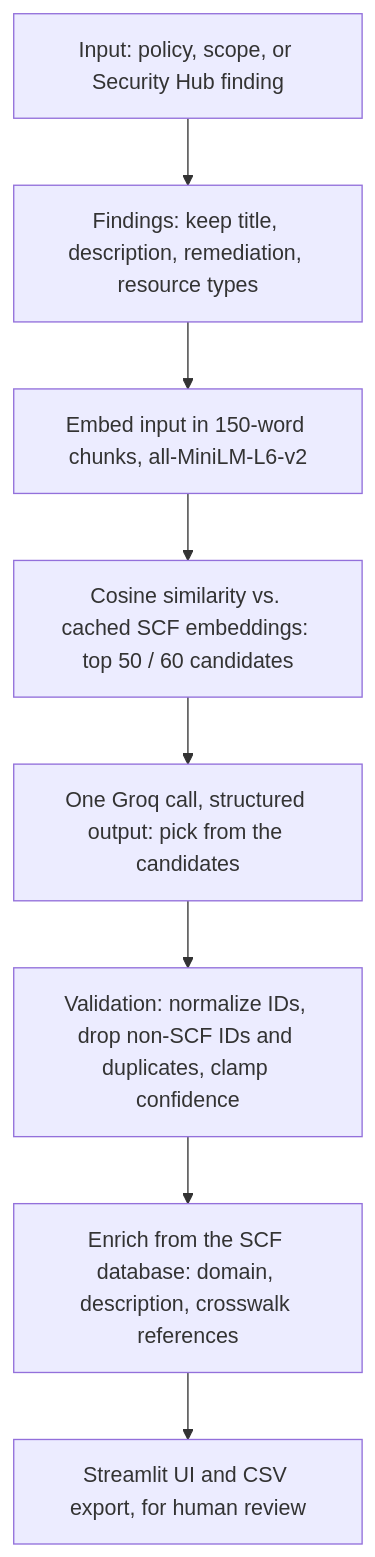
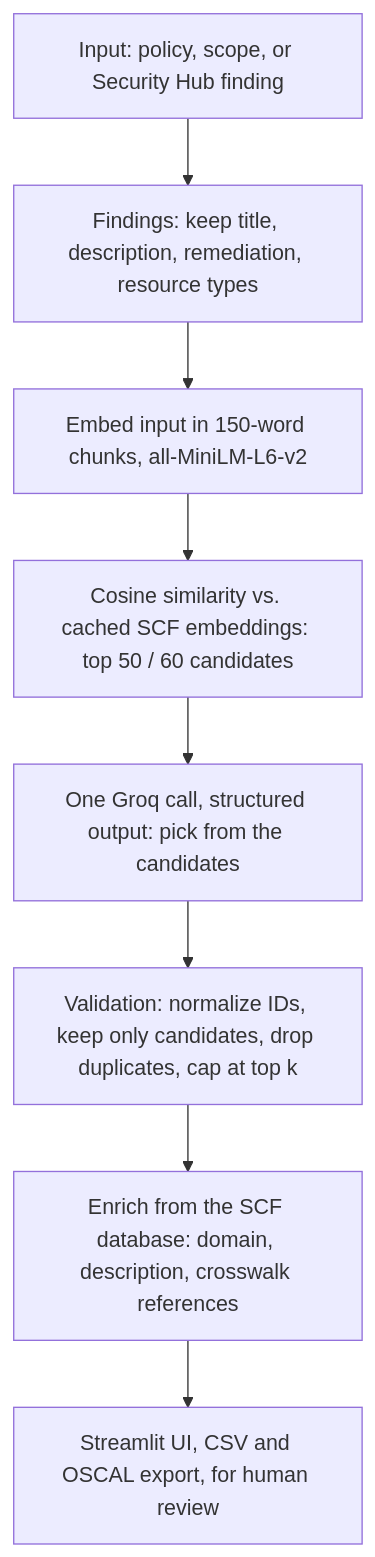
The diagram in README.md (tvobrachini/scf-auto-crosswalker), drawn with Mermaid before and after one commit. The commit also changed other lines of this file and 6 other files, not shown here.

First line of the commit message:
Docs: document validation, OSCAL export and evaluation; rewrite case study

````diff
--- a/README.md
+++ b/README.md
@@ -67,10 +67,10 @@
 ```mermaid
 graph TD
     A[Input: policy, scope, or Security Hub finding] --> B[Findings: keep title, description, remediation, resource types]
     B --> C[Embed input in 150-word chunks, all-MiniLM-L6-v2]
     C --> D[Cosine similarity vs. cached SCF embeddings: top 50 / 60 candidates]
     D --> E[One Groq call, structured output: pick from the candidates]
-    E --> F[Validation: normalize IDs, drop non-SCF IDs and duplicates, clamp confidence]
+    E --> F[Validation: normalize IDs, keep only candidates, drop duplicates, cap at top k]
     F --> G[Enrich from the SCF database: domain, description, crosswalk references]
-    G --> H[Streamlit UI and CSV export, for human review]
+    G --> H[Streamlit UI, CSV and OSCAL export, for human review]
 ```
````
